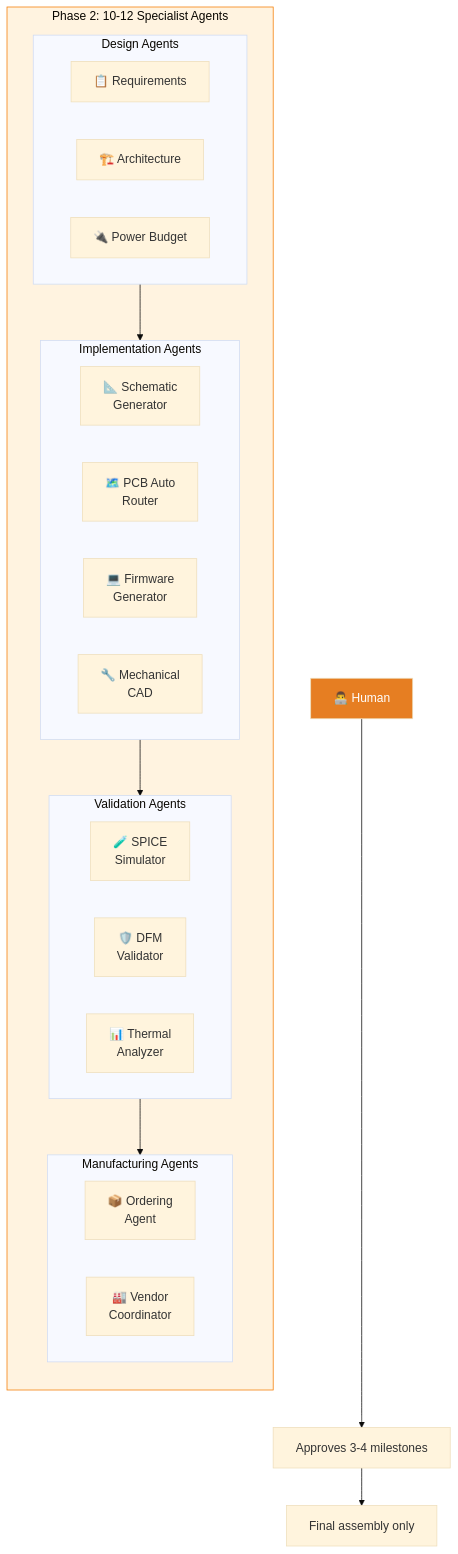
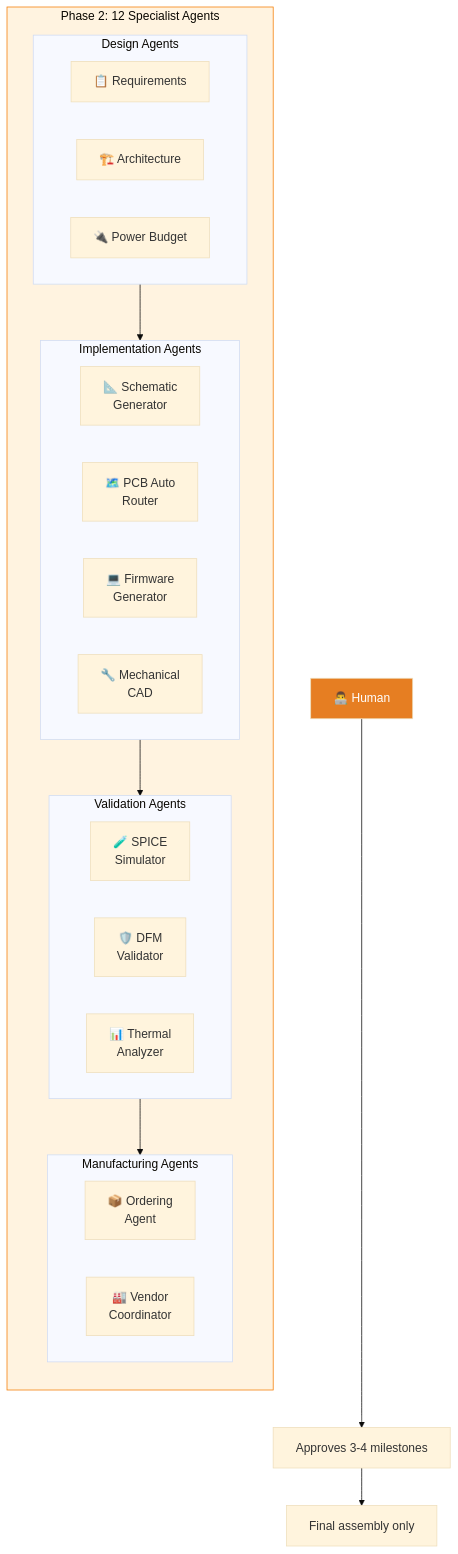
Before and after one commit to FidelOdok/MetaForge-Planner: diagram 13 of 22 in docs/index.md, drawn with Mermaid (base theme). The commit also changed other lines of this file and 18 other files, not shown here.

````diff
--- a/docs/index.md
+++ b/docs/index.md
@@ -691,40 +691,40 @@
 ```mermaid
 flowchart TB
-    subgraph Phase2["Phase 2: 10-12 Specialist Agents"]
+    subgraph Phase2["Phase 2: 12 Specialist Agents"]
         direction TB
 
         subgraph Design["Design Agents"]
             D1[📋 Requirements]
             D2[🏗️ Architecture]
             D3[🔌 Power Budget]
         end
 
         subgraph Implementation["Implementation Agents"]
             I1[📐 Schematic<br/>Generator]
             I2[🗺️ PCB Auto<br/>Router]
             I3[💻 Firmware<br/>Generator]
             I4[🔧 Mechanical<br/>CAD]
         end
 
         subgraph Validation["Validation Agents"]
             V1[🧪 SPICE<br/>Simulator]
             V2[🛡️ DFM<br/>Validator]
             V3[📊 Thermal<br/>Analyzer]
         end
 
         subgraph Manufacturing["Manufacturing Agents"]
             M1[📦 Ordering<br/>Agent]
             M2[🏭 Vendor<br/>Coordinator]
         end
 
         Design --> Implementation
         Implementation --> Validation
         Validation --> Manufacturing
     end
 
     Human2[👨‍💻 Human] --> Milestones[Approves 3-4 milestones]
     Milestones --> Assembly[Final assembly only]
 
     style Phase2 fill:#fff3e0,stroke:#f57c00
     style Human2 fill:#E67E22,color:#fff
 ```
````
